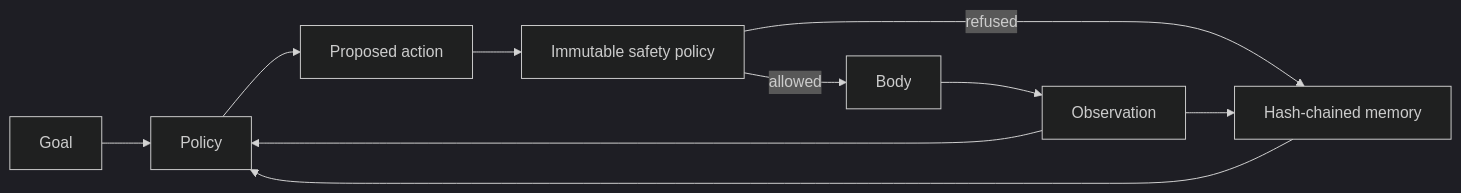
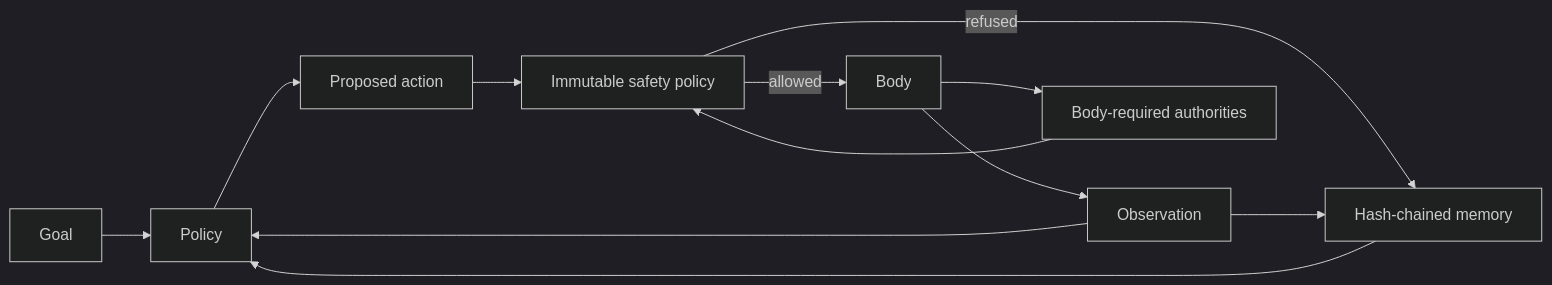
Before and after one commit to mjodheim/mira-genesis: the diagram in docs/MIRA_CORE_ARCHITECTURE.md, drawn with Mermaid (dark theme). The commit also changed other lines of this file and 13 other files, not shown here.

````diff
--- a/docs/MIRA_CORE_ARCHITECTURE.md
+++ b/docs/MIRA_CORE_ARCHITECTURE.md
@@ -9,12 +9,14 @@
 ```mermaid
 flowchart LR
     G["Goal"] --> P["Policy"]
     O["Observation"] --> P
     M["Hash-chained memory"] --> P
     P --> A["Proposed action"]
+    B --> C["Body-required authorities"]
+    C --> S
     A --> S["Immutable safety policy"]
     S -->|allowed| B["Body"]
     S -->|refused| M
     B --> O
     O --> M
 ```
````
